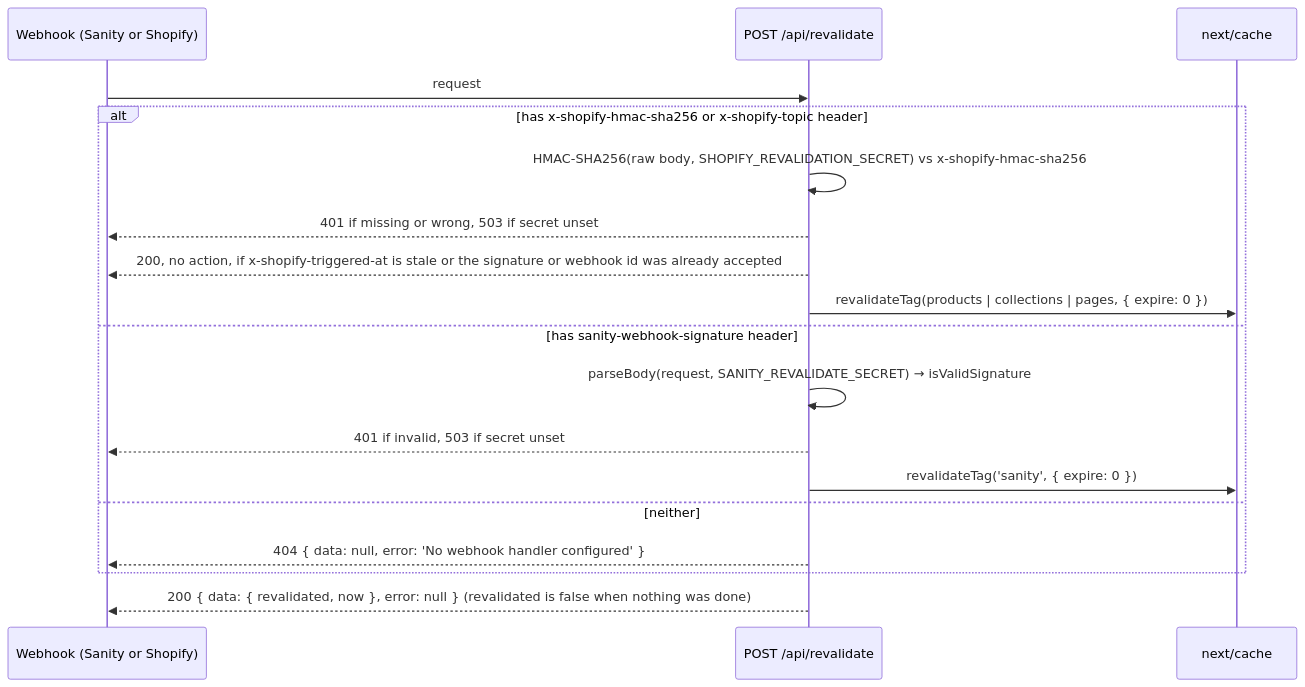
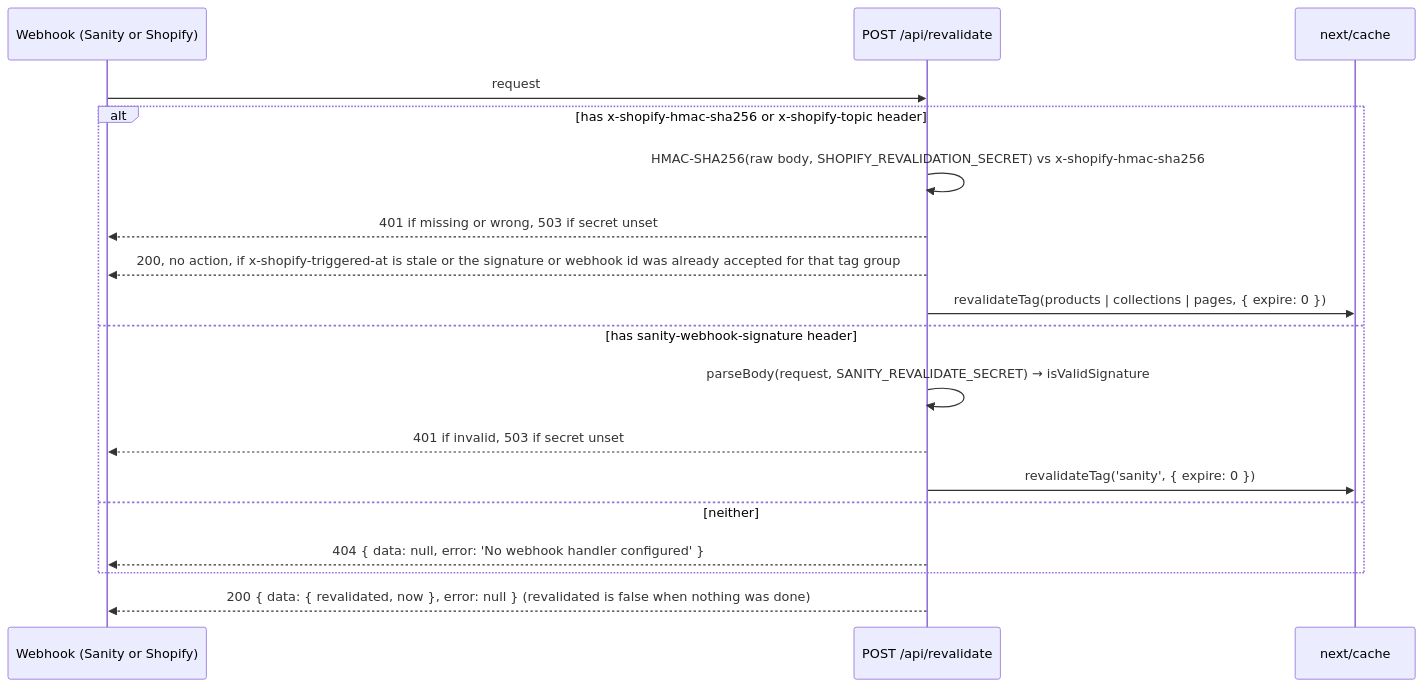
Before and after one commit to darkroomengineering/satus: the diagram in app/api/README.md, drawn with Mermaid. The commit also changed 4 other files, not shown here.

Commit message:
test: run the Shopify webhook tests in a Next work store (OSS-188)

````diff
--- a/app/api/README.md
+++ b/app/api/README.md
@@ -62,20 +62,20 @@
 ```mermaid
 sequenceDiagram
     participant W as Webhook (Sanity or Shopify)
     participant R as POST /api/revalidate
     participant T as next/cache
     W->>R: request
     alt has x-shopify-hmac-sha256 or x-shopify-topic header
         R->>R: HMAC-SHA256(raw body, SHOPIFY_REVALIDATION_SECRET) vs x-shopify-hmac-sha256
         R-->>W: 401 if missing or wrong, 503 if secret unset
-        R-->>W: 200, no action, if x-shopify-triggered-at is stale or the signature or webhook id was already accepted
+        R-->>W: 200, no action, if x-shopify-triggered-at is stale or the signature or webhook id was already accepted for that tag group
         R->>T: revalidateTag(products | collections | pages, { expire: 0 })
     else has sanity-webhook-signature header
         R->>R: parseBody(request, SANITY_REVALIDATE_SECRET) → isValidSignature
         R-->>W: 401 if invalid, 503 if secret unset
         R->>T: revalidateTag('sanity', { expire: 0 })
     else neither
         R-->>W: 404 { data: null, error: 'No webhook handler configured' }
     end
     R-->>W: 200 { data: { revalidated, now }, error: null } (revalidated is false when nothing was done)
 ```
````
